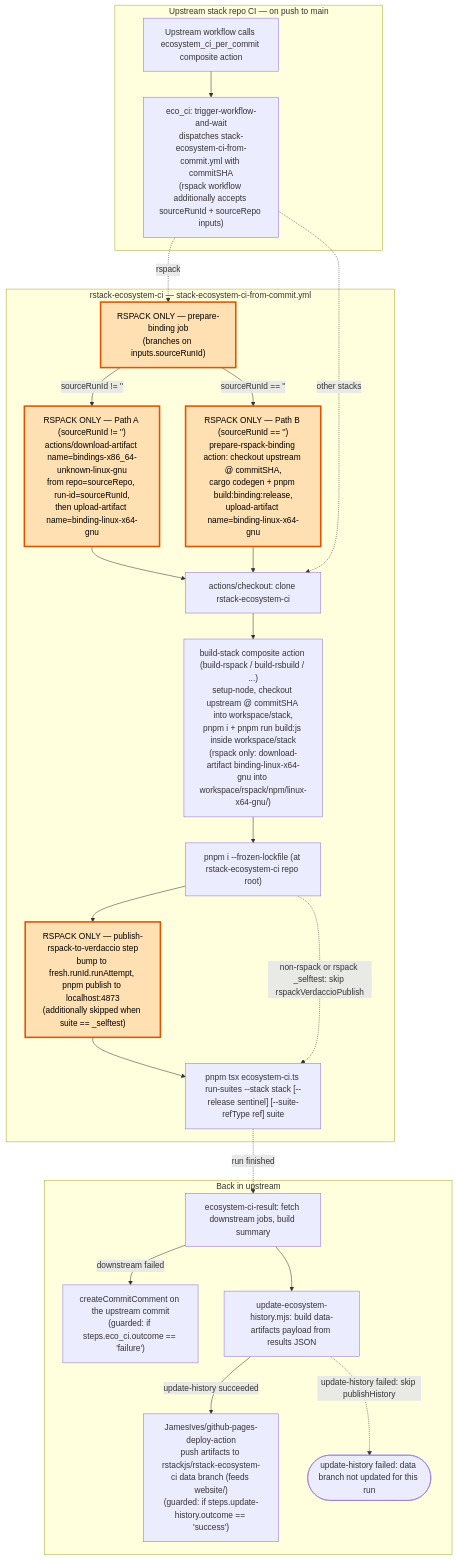
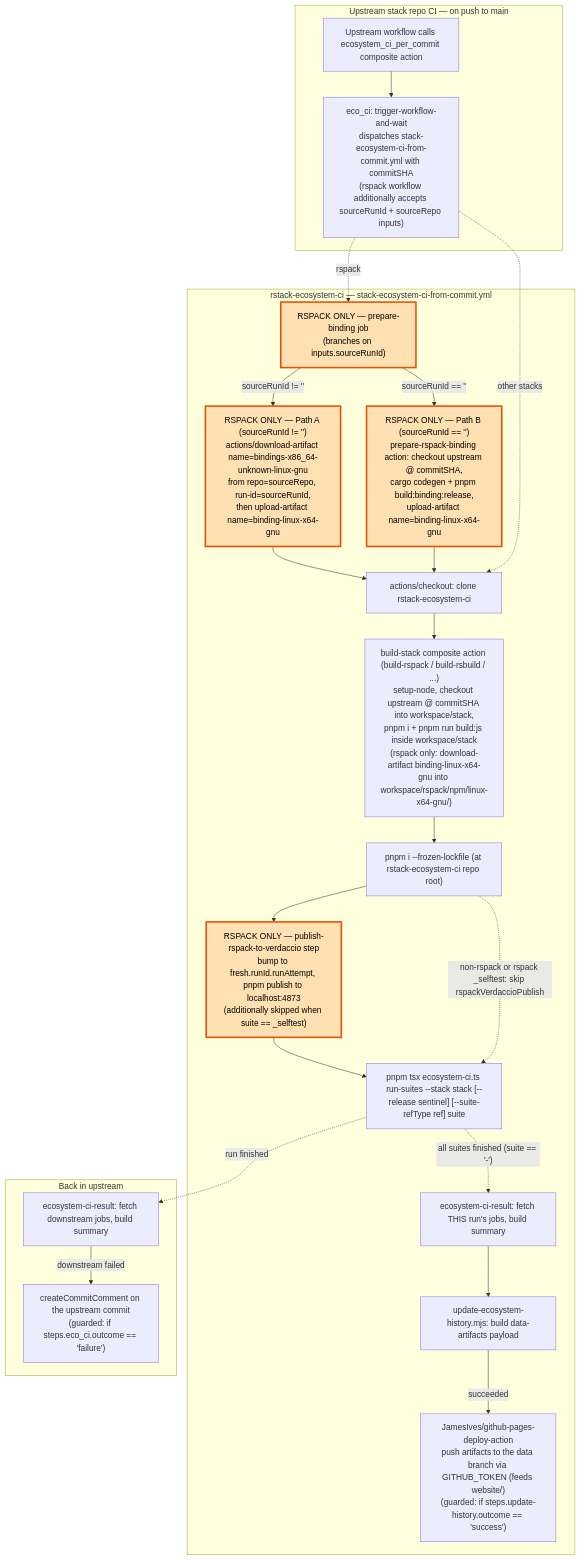
Before and after one commit to rspack-contrib/rstack-ecosystem-ci: the second of 2 diagrams in AGENTS.md, drawn with Mermaid. The commit also changed other lines of this file and 7 other files, not shown here.

First line of the commit message:
ci: push ecosystem history from the downstream workflow

````diff
--- a/AGENTS.md
+++ b/AGENTS.md
@@ -115,68 +115,73 @@
 ```mermaid
 flowchart TD
     %% ========================================================================
     %% UPSTREAM — any stack, on push to main
     %% ========================================================================
     subgraph upstream["Upstream stack repo CI — on push to main"]
         upstreamPerCommit["Upstream workflow calls ecosystem_ci_per_commit composite action"]
         dispatchWorkflow["eco_ci: trigger-workflow-and-wait<br/>dispatches stack-ecosystem-ci-from-commit.yml with commitSHA<br/>(rspack workflow additionally accepts sourceRunId + sourceRepo inputs)"]
         upstreamPerCommit --> dispatchWorkflow
     end
 
     %% ========================================================================
     %% DOWNSTREAM — stack-ecosystem-ci-from-commit.yml
     %% Nodes whose id starts with `rspack` are RSPACK ONLY. Other stacks skip
     %% them via the bypass edges below.
     %% ========================================================================
     subgraph downstream["rstack-ecosystem-ci — stack-ecosystem-ci-from-commit.yml"]
         %% RSPACK ONLY — prepare-binding job with two mutually-exclusive paths
         %% gated by `if: inputs.sourceRunId != ''` / `if: inputs.sourceRunId == ''`
         rspackPrepareBinding["RSPACK ONLY — prepare-binding job<br/>(branches on inputs.sourceRunId)"]
         rspackPrepareBindingPathA["RSPACK ONLY — Path A (sourceRunId != '')<br/>actions/download-artifact name=bindings-x86_64-unknown-linux-gnu<br/>from repo=sourceRepo, run-id=sourceRunId,<br/>then upload-artifact name=binding-linux-x64-gnu"]
         rspackPrepareBindingPathB["RSPACK ONLY — Path B (sourceRunId == '')<br/>prepare-rspack-binding action: checkout upstream @ commitSHA,<br/>cargo codegen + pnpm build:binding:release,<br/>upload-artifact name=binding-linux-x64-gnu"]
         rspackPrepareBinding -- "sourceRunId != ''" --> rspackPrepareBindingPathA
         rspackPrepareBinding -- "sourceRunId == ''" --> rspackPrepareBindingPathB
 
         %% Shared execute-job steps (run for every stack)
         checkoutEcoCi["actions/checkout: clone rstack-ecosystem-ci"]
         buildStackAction["build-stack composite action (build-rspack / build-rsbuild / ...)<br/>setup-node, checkout upstream @ commitSHA into workspace/stack,<br/>pnpm i + pnpm run build:js inside workspace/stack<br/>(rspack only: download-artifact binding-linux-x64-gnu into workspace/rspack/npm/linux-x64-gnu/)"]
         pnpmInstall["pnpm i --frozen-lockfile (at rstack-ecosystem-ci repo root)"]
 
         %% RSPACK ONLY — Verdaccio publish; additionally skipped for _selftest
         rspackVerdaccioPublish["RSPACK ONLY — publish-rspack-to-verdaccio step<br/>bump to fresh.runId.runAttempt, pnpm publish to localhost:4873<br/>(additionally skipped when suite == _selftest)"]
 
         runSuites["pnpm tsx ecosystem-ci.ts run-suites --stack stack [--release sentinel] [--suite-refType ref] suite"]
 
         rspackPrepareBindingPathA --> checkoutEcoCi
         rspackPrepareBindingPathB --> checkoutEcoCi
         checkoutEcoCi --> buildStackAction --> pnpmInstall --> rspackVerdaccioPublish --> runSuites
         pnpmInstall -. non-rspack or rspack _selftest: skip rspackVerdaccioPublish .-> runSuites
+
+        %% update-history job (runs only when suite == '-'): summarize THIS run
+        %% and push the data payload to the data branch with the downstream
+        %% GITHUB_TOKEN (contents: write + actions: read). No consumer PAT here —
+        %% this is why the consumer token only needs Actions RW, not Contents RW.
+        ecoCiResultDown["ecosystem-ci-result: fetch THIS run's jobs, build summary"]
+        updateHistory["update-ecosystem-history.mjs: build data-artifacts payload"]
+        publishHistory["JamesIves/github-pages-deploy-action<br/>push artifacts to the data branch via GITHUB_TOKEN (feeds website/)<br/>(guarded: if steps.update-history.outcome == 'success')"]
+        runSuites -. "all suites finished (suite == '-')" .-> ecoCiResultDown
+        ecoCiResultDown --> updateHistory -- "succeeded" --> publishHistory
     end
 
     %% Fork at dispatch: rspack goes through prepare-binding first,
     %% other stacks jump straight into the shared execute job.
     dispatchWorkflow -. rspack .-> rspackPrepareBinding
     dispatchWorkflow -. other stacks .-> checkoutEcoCi
 
     %% ========================================================================
-    %% BACK IN UPSTREAM — commit comment on failure + push to data branch
+    %% BACK IN UPSTREAM — commit comment on failure only (data push moved
+    %% downstream, so the consumer PAT no longer needs Contents RW)
     %% ========================================================================
     subgraph result["Back in upstream"]
         ecoCiResult["ecosystem-ci-result: fetch downstream jobs, build summary"]
         createCommitComment["createCommitComment on the upstream commit<br/>(guarded: if steps.eco_ci.outcome == 'failure')"]
-        updateHistory["update-ecosystem-history.mjs: build data-artifacts payload from results JSON"]
-        publishHistory["JamesIves/github-pages-deploy-action<br/>push artifacts to rstackjs/rstack-ecosystem-ci data branch (feeds website/)<br/>(guarded: if steps.update-history.outcome == 'success')"]
-        historyFailedEnd(["update-history failed: data branch not updated for this run"])
         ecoCiResult -- "downstream failed" --> createCommitComment
-        ecoCiResult --> updateHistory
-        updateHistory -- "update-history succeeded" --> publishHistory
-        updateHistory -. update-history failed: skip publishHistory .-> historyFailedEnd
     end
 
     runSuites -. run finished .-> ecoCiResult
 
     %% Visual styling (humans only). Does not change semantics — the `rspack`
     %% node-id prefix and the `RSPACK ONLY` label prefix are authoritative.
     classDef rspack fill:#ffe0b2,stroke:#e65100,stroke-width:3px,color:#000
     class rspackPrepareBinding,rspackPrepareBindingPathA,rspackPrepareBindingPathB,rspackVerdaccioPublish rspack
 ```
````
